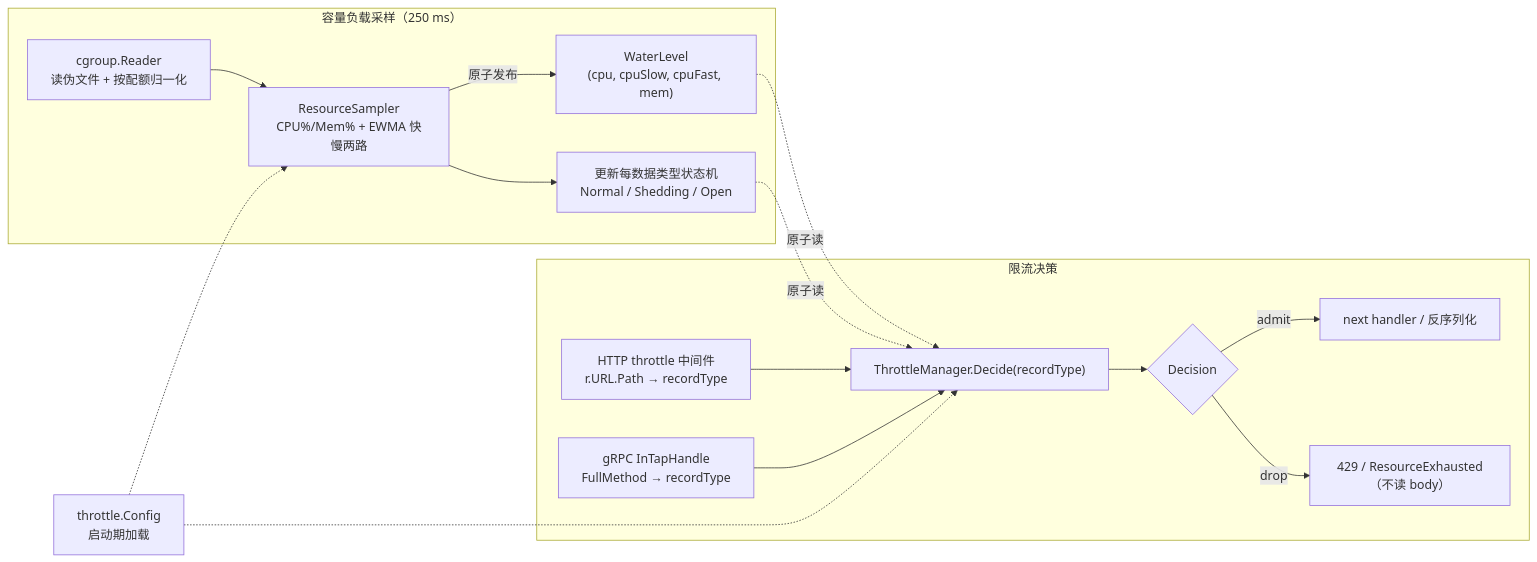
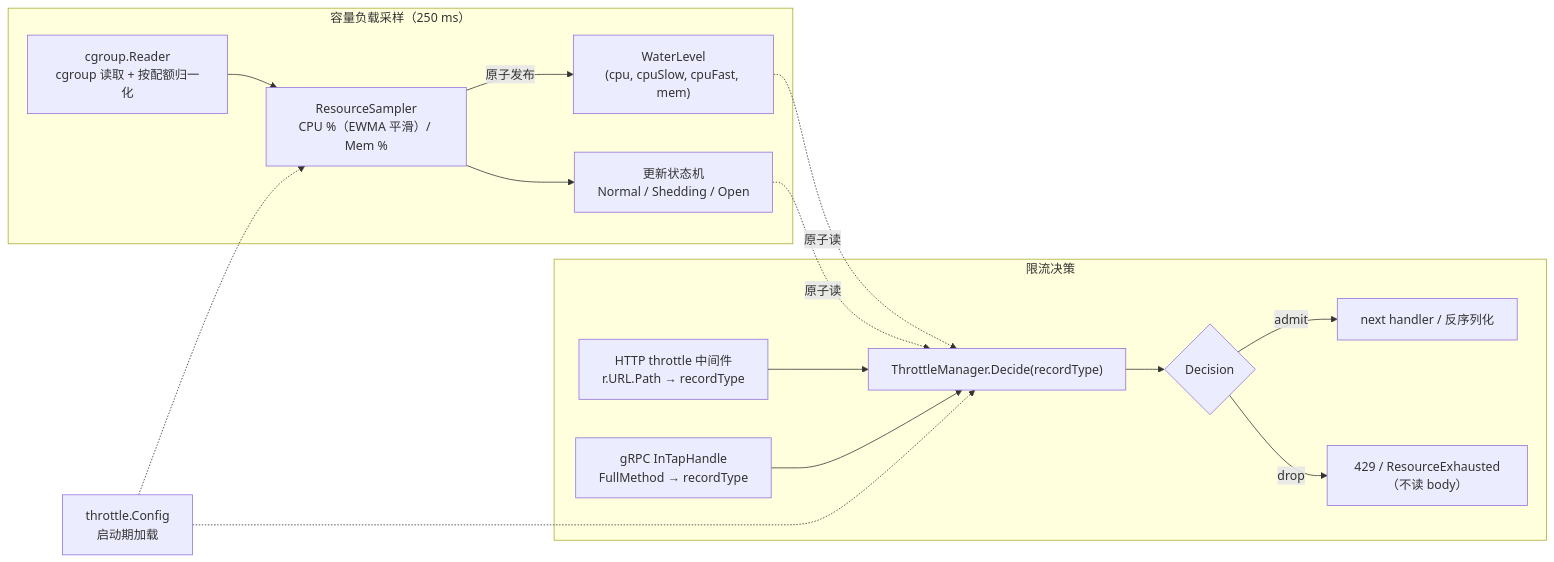
Before and after one commit to ZhuoZhuoCrayon/ai-workspace: the first of 4 diagrams in knowledge/bkmonitor-datalink/issues/2026-06-10-collector-adaptive-throttling/PLAN.md, drawn with Mermaid. The commit also changed other lines of this file and 1 other file, not shown here.

````diff
--- a/knowledge/bkmonitor-datalink/issues/2026-06-10-collector-adaptive-throttling/PLAN.md
+++ b/knowledge/bkmonitor-datalink/issues/2026-06-10-collector-adaptive-throttling/PLAN.md
@@ -79,19 +79,19 @@
 ```mermaid
 flowchart LR
     subgraph BG["容量负载采样（250 ms）"]
-        CG["cgroup.Reader<br/>读伪文件 + 按配额归一化"] --> S["ResourceSampler<br/>CPU%/Mem% + EWMA 快慢两路"]
+        CG["cgroup.Reader<br/>cgroup 读取 + 按配额归一化"] --> S["ResourceSampler<br/>CPU %（EWMA 平滑）/ Mem %"]
         S -->|原子发布| WL["WaterLevel<br/>(cpu, cpuSlow, cpuFast, mem)"]
-        S --> ST["更新每数据类型状态机<br/>Normal / Shedding / Open"]
+        S --> ST["更新状态机<br/>Normal / Shedding / Open"]
     end
     subgraph REQ["限流决策"]
         HTTP["HTTP throttle 中间件<br/>r.URL.Path → recordType"] --> M["ThrottleManager.Decide(recordType)"]
         GRPC["gRPC InTapHandle<br/>FullMethod → recordType"] --> M
         M --> D{"Decision"}
         D -->|admit| NEXT["next handler / 反序列化"]
         D -->|drop| REJ["429 / ResourceExhausted（不读 body）"]
     end
     WL -.原子读.-> M
     ST -.原子读.-> M
     CFG["throttle.Config<br/>启动期加载"] -.-> S
     CFG -.-> M
 ```
````
